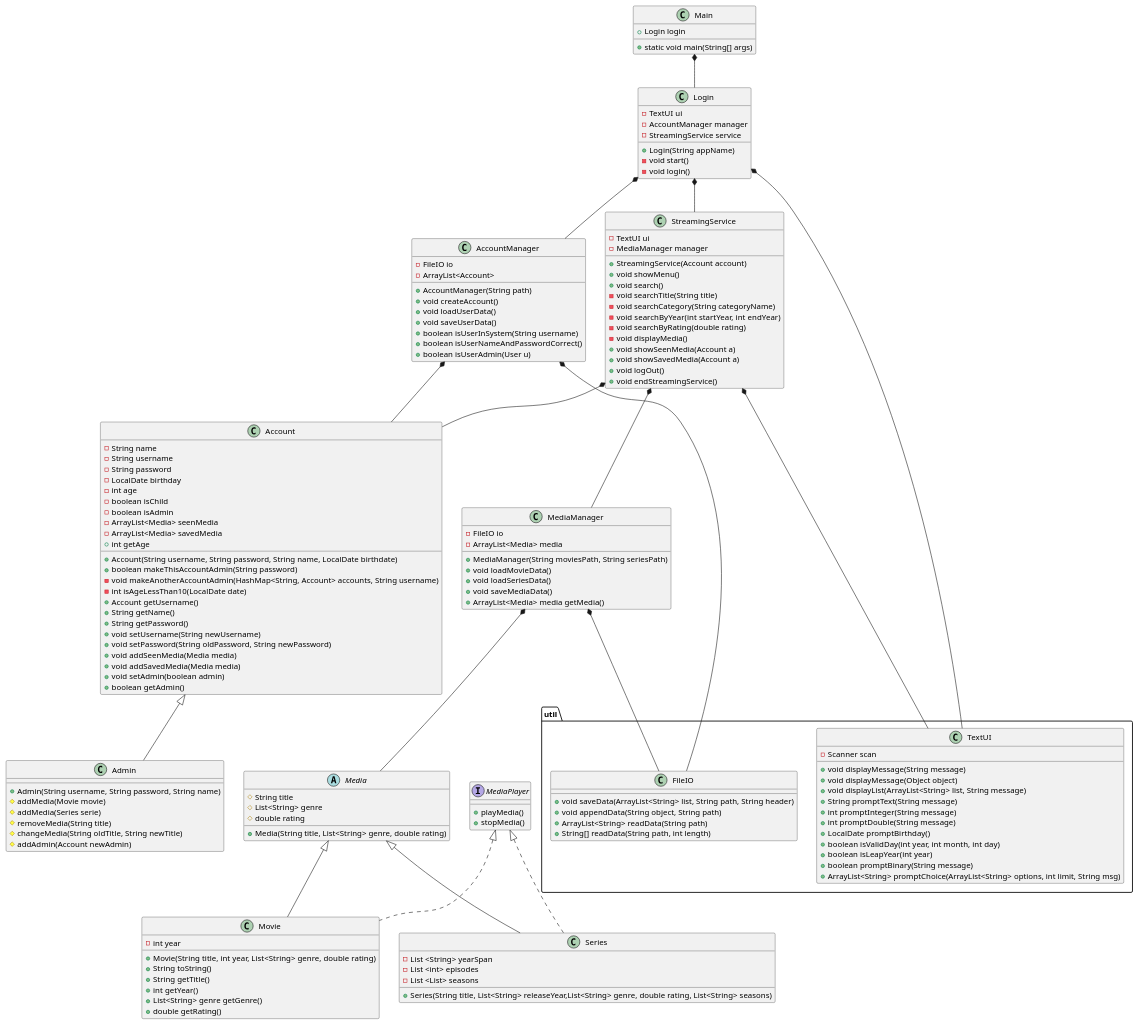
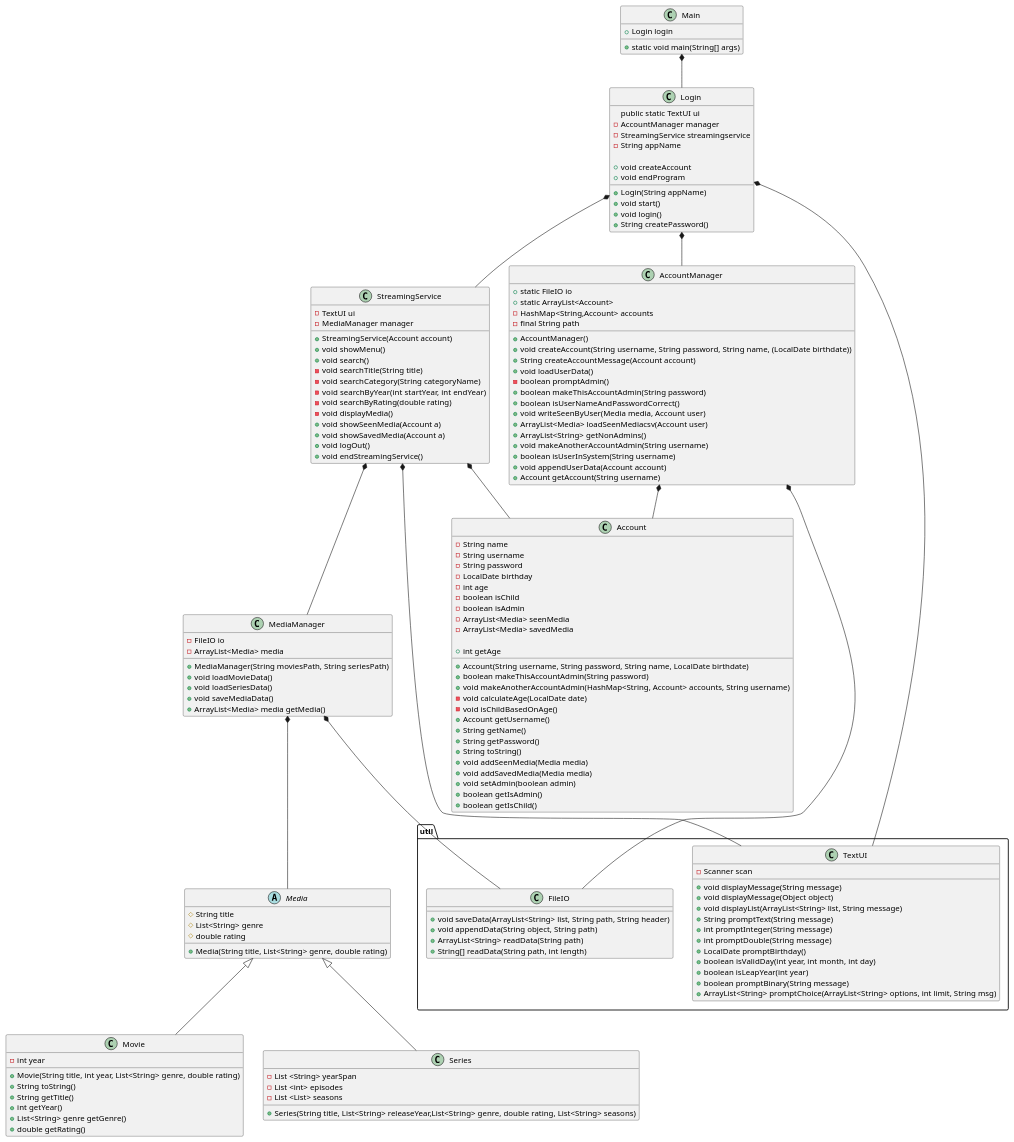
One commit to DHangaard/Studypoint3_Dat1_2025 changed the diagram in doc/Plan/Static/classdiagram_v1.puml. Above: the diagram before and after it, drawn with PlantUML. The commit also changed 10 other files, not shown here.

```diff
--- a/doc/Plan/Static/classdiagram_v1.puml
+++ b/doc/Plan/Static/classdiagram_v1.puml
@@ -1,168 +1,169 @@
 @startuml
 
+class Account{
+- String name
+- String username
+- String password
+- LocalDate birthday
+- int age
+- boolean isChild
+- boolean isAdmin
+- ArrayList<Media> seenMedia
+- ArrayList<Media> savedMedia
 
-class Admin{
-+ Admin(String username, String password, String name)
-# addMedia(Movie movie)
-# addMedia(Series serie)
-# removeMedia(String title)
-# changeMedia(String oldTitle, String newTitle)
-# addAdmin(Account newAdmin)
++ Account(String username, String password, String name, LocalDate birthdate)
++ boolean makeThisAccountAdmin(String password)
++ void makeAnotherAccountAdmin(HashMap<String, Account> accounts, String username)
+- void calculateAge(LocalDate date)
+- void isChildBasedOnAge()
++ Account getUsername()
++ String getName()
++ int getAge
++ String getPassword()
++ String toString()
++ void addSeenMedia(Media media)
++ void addSavedMedia(Media media)
++ void setAdmin(boolean admin)
++ boolean getIsAdmin()
++ boolean getIsChild()
+}
+
+class AccountManager {
++ static FileIO io
++ static ArrayList<Account>
+- HashMap<String,Account> accounts
+- final String path
+
++ AccountManager()
++ void createAccount(String username, String password, String name, (LocalDate birthdate))
++ String createAccountMessage(Account account)
++ void loadUserData()
+- boolean promptAdmin()
++ boolean makeThisAccountAdmin(String password)
++ boolean isUserNameAndPasswordCorrect()
++ void writeSeenByUser(Media media, Account user)
++ ArrayList<Media> loadSeenMediacsv(Account user)
++ ArrayList<String> getNonAdmins()
++ void makeAnotherAccountAdmin(String username)
++ boolean isUserInSystem(String username)
++ void appendUserData(Account account)
++ Account getAccount(String username)
+}
+
+class Login {
+public static TextUI ui
+- AccountManager manager
+- StreamingService streamingservice
+- String appName
+
++ Login(String appName)
++ void start()
++ void login()
++ String createPassword()
++ void createAccount
++ void endProgram
+}
+
+class Main{
++ Login login
++ static void main(String[] args)
+}
+
+Abstract Media{
+# String title
+# List<String> genre
+# double rating
++ Media(String title, List<String> genre, double rating)
+}
+
+class MediaManager {
+- FileIO io
+- ArrayList<Media> media
++ MediaManager(String moviesPath, String seriesPath)
++ void loadMovieData()
++ void loadSeriesData()
++ void saveMediaData()
++ ArrayList<Media> media getMedia()
+}
+
+class Movie{
+- int year
++ Movie(String title, int year, List<String> genre, double rating)
++ String toString()
++ String getTitle()
++ int getYear()
++ List<String> genre getGenre()
++ double getRating()
+}
+
+class Series{
+- List <String> yearSpan
+- List <int> episodes
+- List <List> seasons
++ Series(String title, List<String> releaseYear,List<String> genre, double rating, List<String> seasons)
 }
 
 class StreamingService{
 - TextUI ui
 - MediaManager manager
 + StreamingService(Account account)
 + void showMenu()
 + void search()
 - void searchTitle(String title)
 - void searchCategory(String categoryName)
 - void searchByYear(int startYear, int endYear)
 - void searchByRating(double rating)
 - void displayMedia()
 + void showSeenMedia(Account a)
 + void showSavedMedia(Account a)
 + void logOut()
 + void endStreamingService()
 }
 
-class Main{
-+ Login login
-+ static void main(String[] args)
-}
-
-class Movie{
-- int year
-+ Movie(String title, int year, List<String> genre, double rating)
-+ String toString()
-+ String getTitle()
-+ int getYear()
-+ List<String> genre getGenre()
-+ double getRating()
-}
-
-class Series{
-- List <String> yearSpan
-- List <int> episodes
-- List <List> seasons
-+ Series(String title, List<String> releaseYear,List<String> genre, double rating, List<String> seasons)
-}
-
-class MediaManager {
-- FileIO io
-- ArrayList<Media> media
-+ MediaManager(String moviesPath, String seriesPath)
-+ void loadMovieData()
-+ void loadSeriesData()
-+ void saveMediaData()
-+ ArrayList<Media> media getMedia()
-}
-
-class Login {
-- TextUI ui
-- AccountManager manager
-- StreamingService service
-+ Login(String appName)
-- void start()
-- void login()
-}
-
-Abstract Media{
-# String title
-# List<String> genre
-# double rating
-+ Media(String title, List<String> genre, double rating)
-}
-
-class Account{
-- String name
-- String username
-- String password
-- LocalDate birthday
-- int age
-- boolean isChild
-- boolean isAdmin
-- ArrayList<Media> seenMedia
-- ArrayList<Media> savedMedia
-+ Account(String username, String password, String name, LocalDate birthdate)
-+ boolean makeThisAccountAdmin(String password)
-- void makeAnotherAccountAdmin(HashMap<String, Account> accounts, String username)
-- int isAgeLessThan10(LocalDate date)
-+ Account getUsername()
-+ String getName()
-+ int getAge
-+ String getPassword()
-+ void setUsername(String newUsername)
-+ void setPassword(String oldPassword, String newPassword)
-+ void addSeenMedia(Media media)
-+ void addSavedMedia(Media media)
-+ void setAdmin(boolean admin)
-+ boolean getAdmin()
-}
-
-
-class AccountManager {
-- FileIO io
-- ArrayList<Account>
-+ AccountManager(String path)
-+ void createAccount()
-+ void loadUserData()
-+ void saveUserData()
-+ boolean isUserInSystem(String username)
-+ boolean isUserNameAndPasswordCorrect()
-+ boolean isUserAdmin(User u)
-}
 
 package "util" {
     class TextUI {
     - Scanner scan
     + void displayMessage(String message)
     + void displayMessage(Object object)
     + void displayList(ArrayList<String> list, String message)
     + String promptText(String message)
     + int promptInteger(String message)
     + int promptDouble(String message)
     + LocalDate promptBirthday()
     + boolean isValidDay(int year, int month, int day)
     + boolean isLeapYear(int year)
     + boolean promptBinary(String message)
     + ArrayList<String> promptChoice(ArrayList<String> options, int limit, String msg)
     }
 }
 
 package "util" {
     class FileIO{
     + void saveData(ArrayList<String> list, String path, String header)
     + void appendData(String object, String path)
     + ArrayList<String> readData(String path)
     + String[] readData(String path, int length)
     }
  }
 
-interface MediaPlayer {
-+ playMedia()
-+ stopMedia()
-}
 
 Main *-- Login
 Login *-- AccountManager
 Login *-- StreamingService
 StreamingService *-- Account
 
-MediaPlayer <|.. Movie
-MediaPlayer <|.. Series
 AccountManager *-- Account
 AccountManager *-- FileIO
 Login *-- TextUI
 StreamingService *-- TextUI
 
 StreamingService *-- MediaManager
 MediaManager *-- FileIO
 MediaManager *-- Media
-Account <|-- Admin
+
 
 Media <|-- Movie
 Media <|-- Series
 
 @enduml
```
